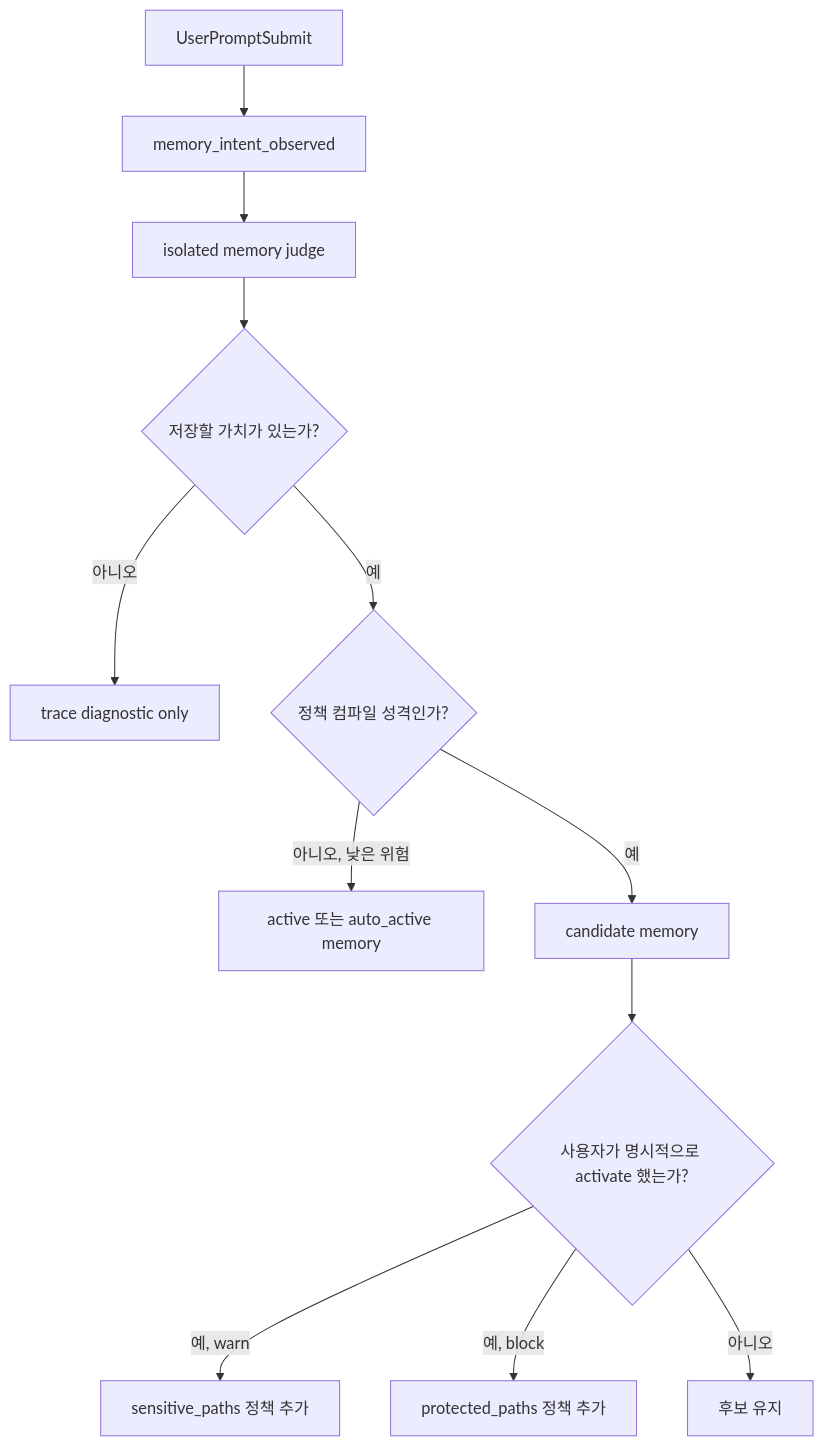
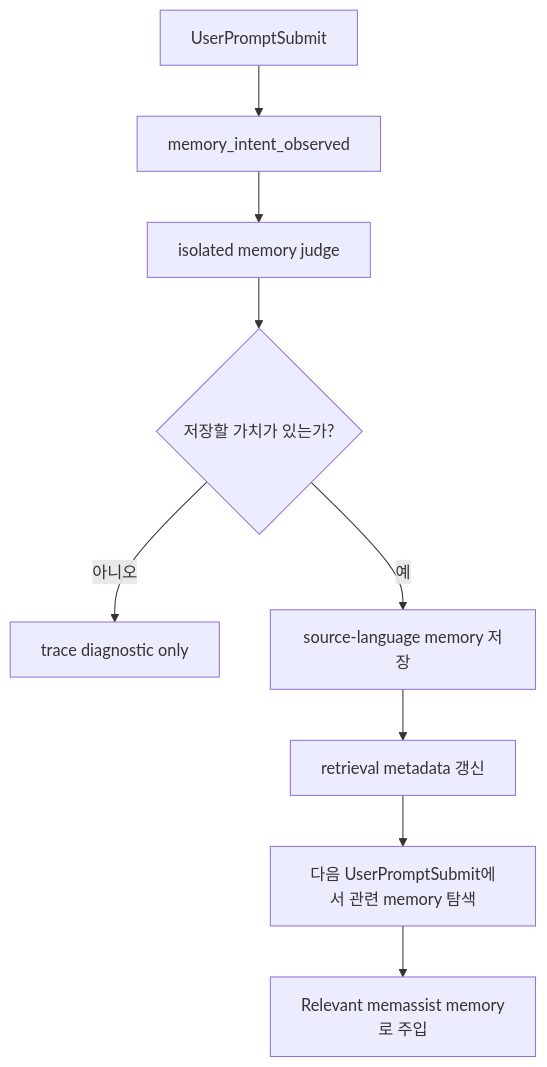
Before and after one commit to lteawoo/MemAssist: the fourth of 8 diagrams in README.md, drawn with Mermaid. The commit also changed other lines of this file and 42 other files, not shown here.

````diff
--- a/README.md
+++ b/README.md
@@ -223,14 +227,11 @@
 ```mermaid
 flowchart TD
     A[UserPromptSubmit] --> B[memory_intent_observed]
     B --> C[isolated memory judge]
     C --> D{저장할 가치가 있는가?}
     D -->|아니오| E[trace diagnostic only]
-    D -->|예| F{정책 컴파일 성격인가?}
-    F -->|아니오, 낮은 위험| G[active 또는 auto_active memory]
-    F -->|예| H[candidate memory]
-    H --> I{사용자가 명시적으로 activate 했는가?}
-    I -->|예, warn| J[sensitive_paths 정책 추가]
-    I -->|예, block| K[protected_paths 정책 추가]
-    I -->|아니오| L[후보 유지]
+    D -->|예| F[source-language memory 저장]
+    F --> G[retrieval metadata 갱신]
+    G --> H[다음 UserPromptSubmit에서 관련 memory 탐색]
+    H --> I[Relevant memassist memory로 주입]
 ```
````
